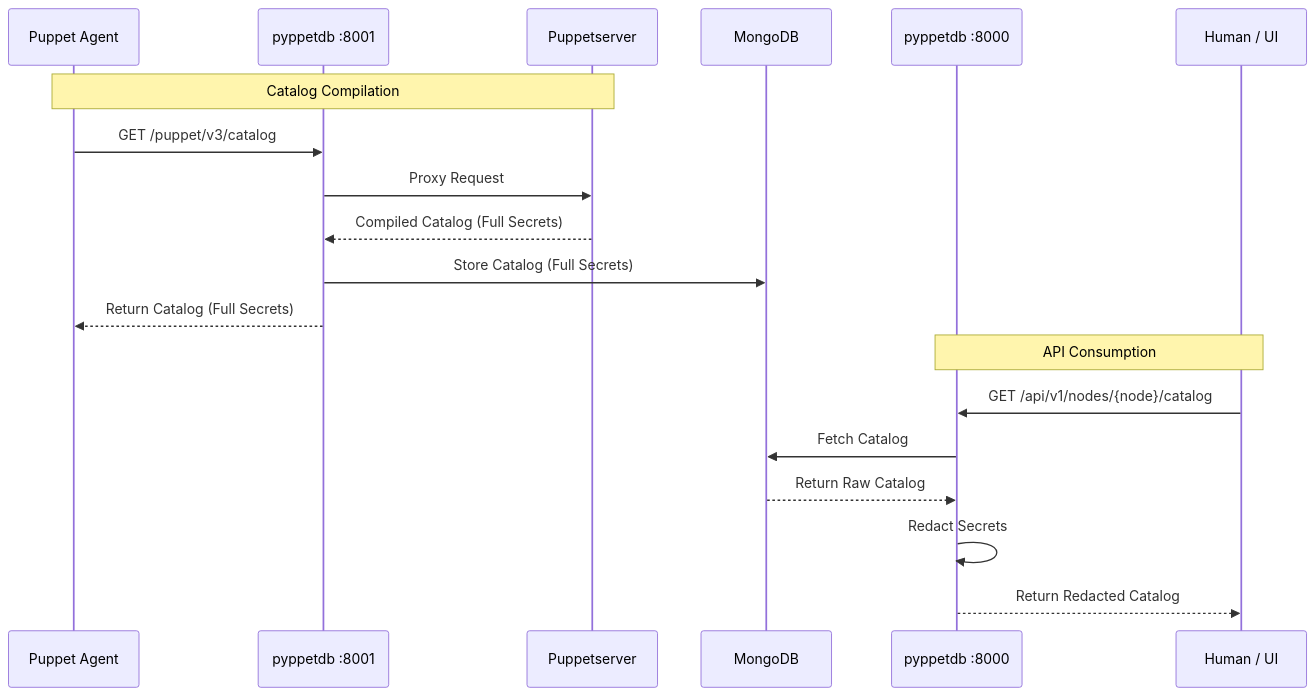
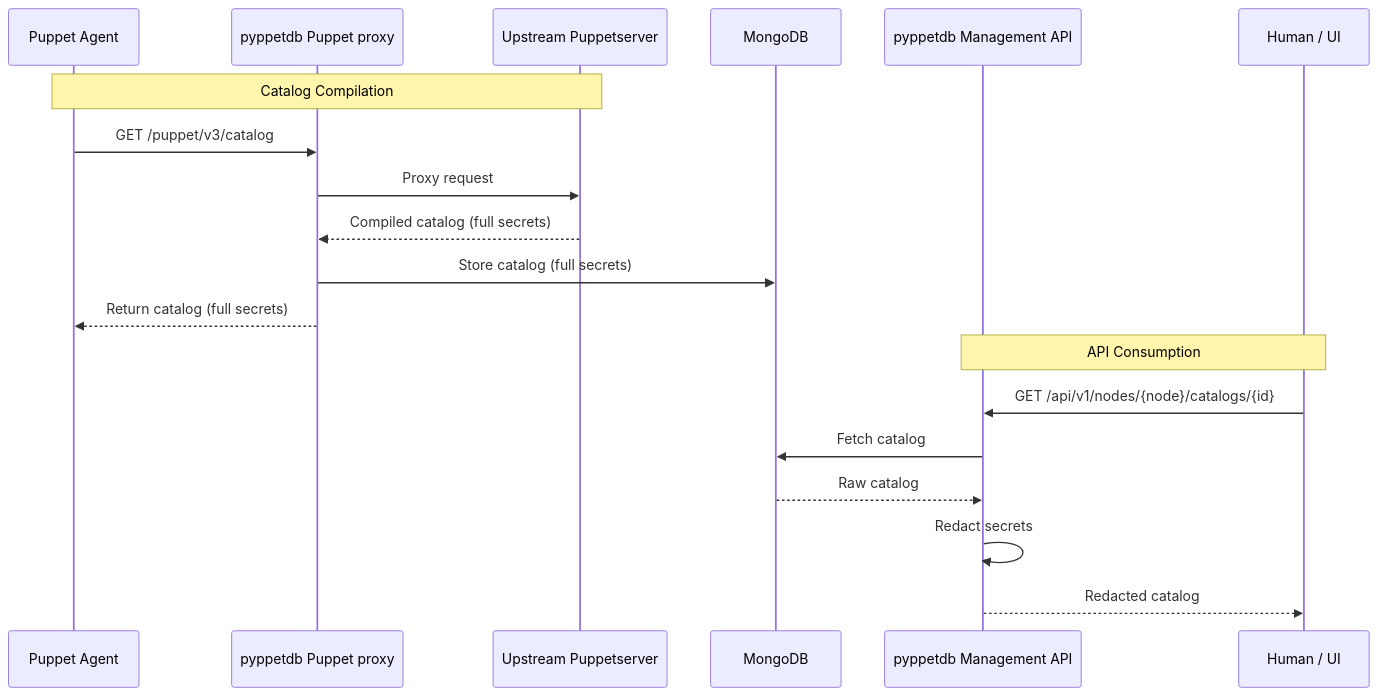
One commit to schlitzered/pyppetdb changed the third of 4 diagrams in docs/architecture.md. Above: the diagram before and after it, drawn with Mermaid. The commit also changed other lines of this file and 8 other files, not shown here.

````diff
--- a/docs/architecture.md
+++ b/docs/architecture.md
@@ -67,23 +82,23 @@
 ```mermaid
 sequenceDiagram
     participant Node as Puppet Agent
-    participant P1 as pyppetdb :8001
-    participant PS as Puppetserver
+    participant P1 as pyppetdb Puppet proxy
+    participant PS as Upstream Puppetserver
     participant DB as MongoDB
-    participant API as pyppetdb :8000
+    participant API as pyppetdb Management API
     participant User as Human / UI
 
     Note over Node, PS: Catalog Compilation
     Node->>P1: GET /puppet/v3/catalog
-    P1->>PS: Proxy Request
-    PS-->>P1: Compiled Catalog (Full Secrets)
-    P1->>DB: Store Catalog (Full Secrets)
-    P1-->>Node: Return Catalog (Full Secrets)
-    
+    P1->>PS: Proxy request
+    PS-->>P1: Compiled catalog (full secrets)
+    P1->>DB: Store catalog (full secrets)
+    P1-->>Node: Return catalog (full secrets)
+
     Note over API, User: API Consumption
-    User->>API: GET /api/v1/nodes/{node}/catalog
-    API->>DB: Fetch Catalog
-    DB-->>API: Return Raw Catalog
-    API->>API: Redact Secrets
-    API-->>User: Return Redacted Catalog
+    User->>API: GET /api/v1/nodes/{node}/catalogs/{id}
+    API->>DB: Fetch catalog
+    DB-->>API: Raw catalog
+    API->>API: Redact secrets
+    API-->>User: Redacted catalog
 ```
````
